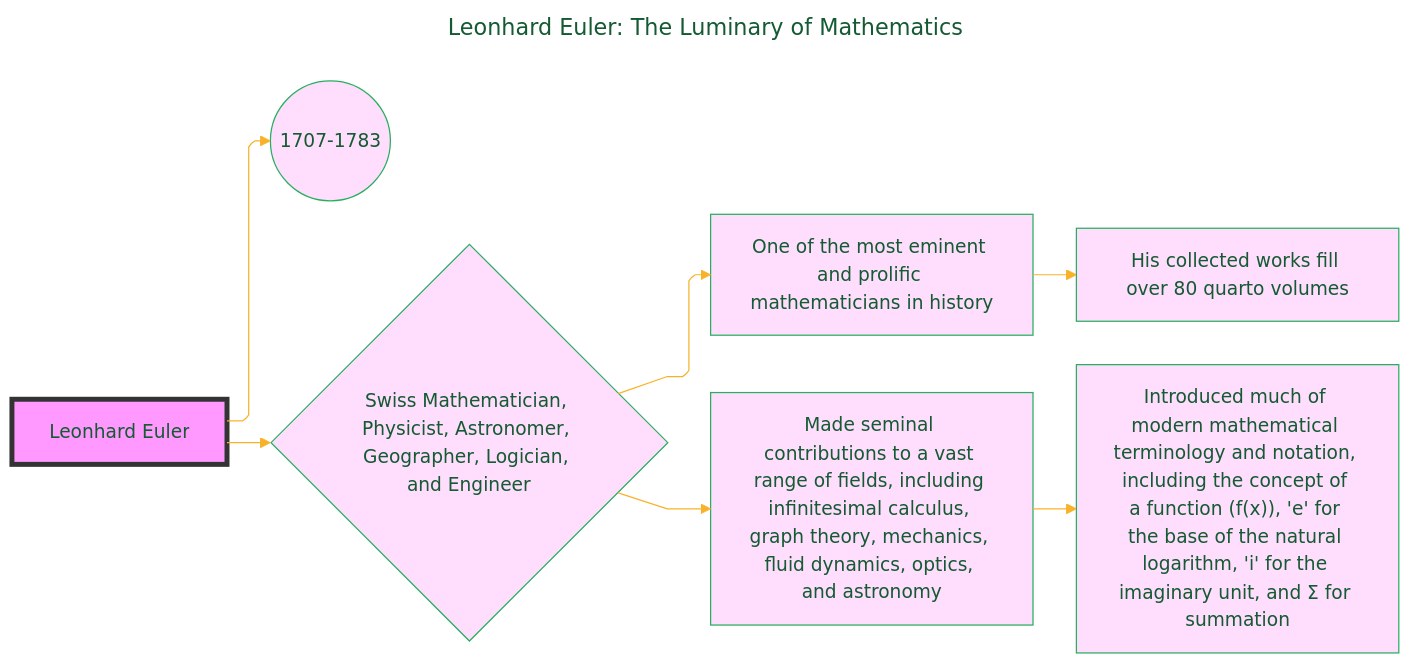
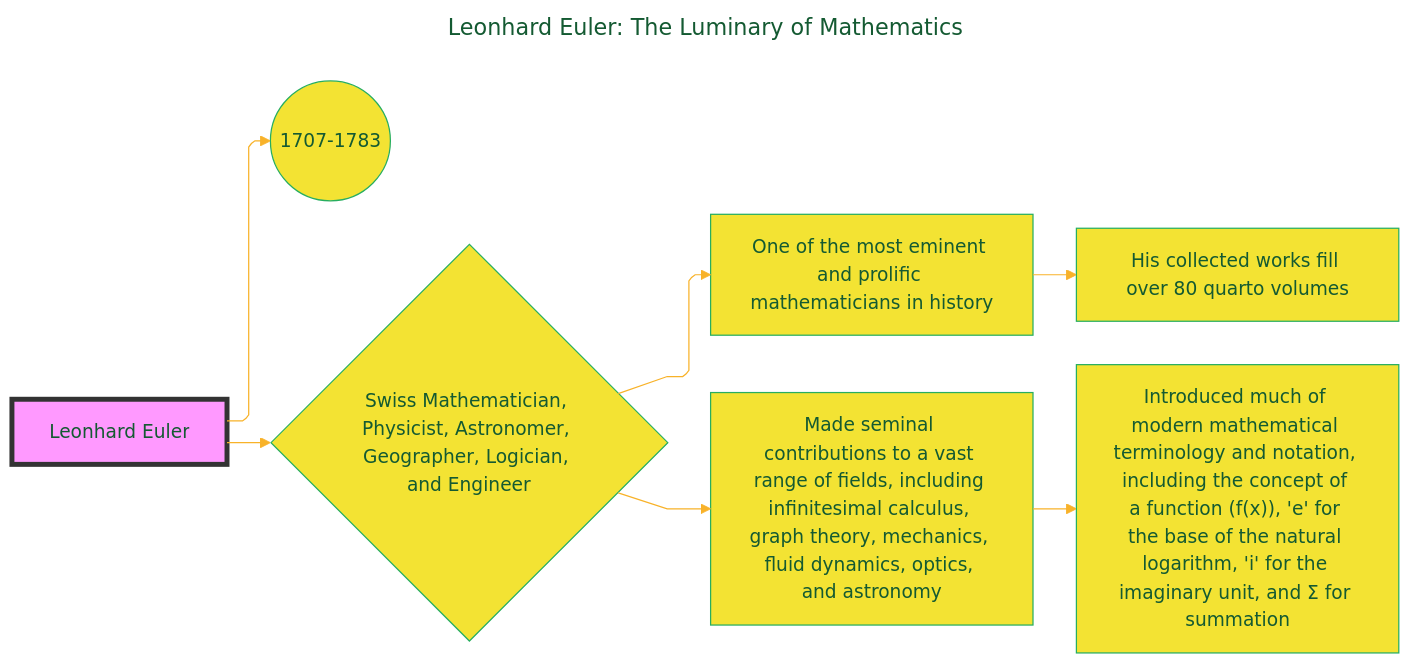
Before and after one commit to CongLeSolutionX/The-Formula-Founders: the first of 4 diagrams in EULER_FORMULA/Gods_Equation.md, drawn with Mermaid. The commit also changed other lines of this file, not shown here.

````diff
--- a/EULER_FORMULA/Gods_Equation.md
+++ b/EULER_FORMULA/Gods_Equation.md
@@ -36,40 +36,40 @@
 ```mermaid
 ---
 title: "Leonhard Euler: The Luminary of Mathematics"
 author: "Cong Le"
 version: "1.0"
 license(s): "MIT, CC BY-SA 4.0"
 copyright: "Copyright (c) 2025 Cong Le. All Rights Reserved."
 config:
   layout: elk
   theme: base
 ---
 %%%%%%%% Mermaid version v11.4.1-b.14
 %%%%%%%% Available curve styles include the following keywords:
 %% basis, bumpX, bumpY, cardinal, catmullRom, linear, monotoneX, monotoneY, natural, step, stepAfter, stepBefore.
 %%{
   init: {
     'securityLevel': 'loose',
     'flowchart': { 'htmlLabels': true, 'curve': 'linear' },
     'fontFamily': 'Comic Sans MS, cursive, sans-serif',
     'themeVariables': {
-      'primaryColor': '#F5E3',
+      'primaryColor': '#F3E333',
       'primaryTextColor': '#145A32',
       'lineColor': '#F8B229',
       'primaryBorderColor': '#27AE60',
       'secondaryColor': '#EBDEF0',
       'secondaryTextColor': '#6C3483',
       'secondaryBorderColor': '#A569BD',
       'fontSize': '15px'
     }
   }
 }%%
 flowchart LR
     A["Leonhard Euler"] --> B(("1707-1783"))
     A --> C{"Swiss Mathematician, Physicist, Astronomer, Geographer, Logician, and Engineer"}
     C --> D["One of the most eminent and prolific mathematicians in history"]
     D --> D1["His collected works fill over 80 quarto volumes"];
     C --> E["Made seminal contributions to a vast range of fields, including infinitesimal calculus, graph theory, mechanics, fluid dynamics, optics, and astronomy"]
     E --> F["Introduced much of modern mathematical terminology and notation, including the concept of a function (f(x)), 'e' for the base of the natural logarithm, 'i' for the imaginary unit, and &Sigma; for summation"]
     style A fill:#f9f,stroke:#333,stroke-width:4px
 ```
````
